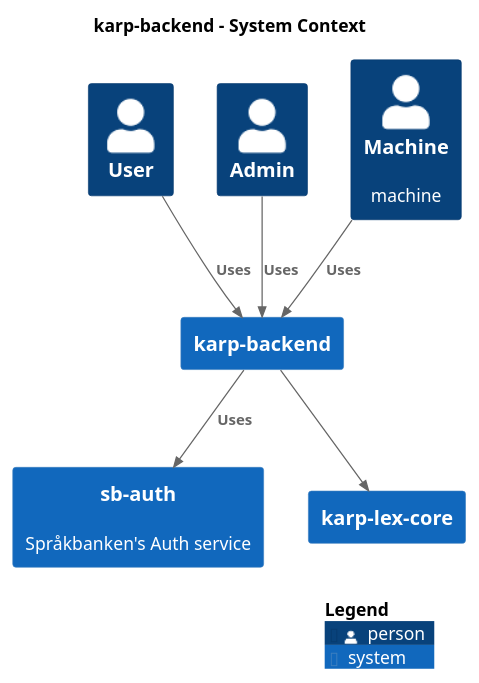
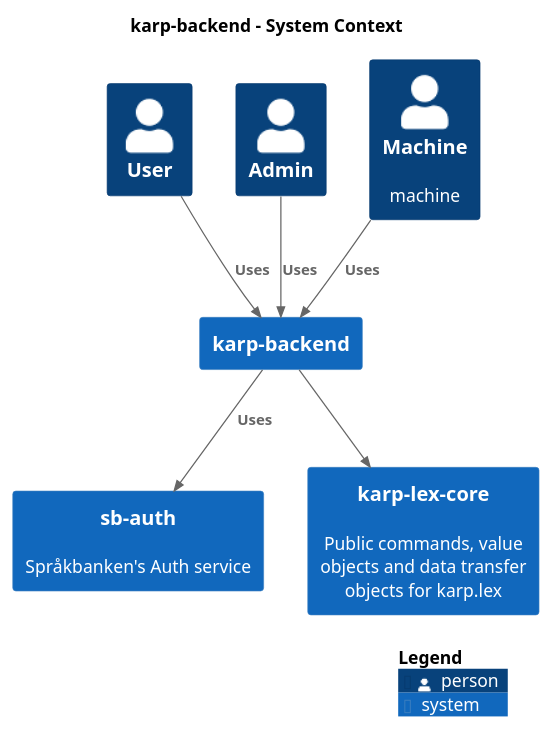
Before and after one commit to spraakbanken/karp-backend: the diagram in docs/karp-backend/docs/system-overview/puml/BackendSystemContext-BackendSystemContext.puml, drawn with PlantUML. The commit also changed 56 other files, not shown here.

```diff
--- a/docs/karp-backend/docs/system-overview/puml/BackendSystemContext-BackendSystemContext.puml
+++ b/docs/karp-backend/docs/system-overview/puml/BackendSystemContext-BackendSystemContext.puml
@@ -1,26 +1,26 @@
 @startuml
 set separator none
 title karp-backend - System Context
 
 top to bottom direction
 
 !include <C4/C4>
 !include <C4/C4_Context>
 
 skinparam svgDimensionStyle false
 skinparam preserveAspectRatio meet
 System(sbauth, "sb-auth", $descr="Språkbanken's Auth service", $tags="", $link="../../sb-auth/context/")
-System(karplexcore, "karp-lex-core", $descr="", $tags="", $link="../../karp-lex-core/context/")
+System(karplexcore, "karp-lex-core", $descr="Public commands, value objects and data transfer objects for karp.lex", $tags="", $link="../../karp-lex-core/context/")
 Person(User, "User", $descr="", $tags="", $link="")
 Person(Admin, "Admin", $descr="", $tags="", $link="")
 Person(Machine, "Machine", $descr="machine", $tags="", $link="")
 System(karpbackend, "karp-backend", $descr="", $tags="", $link="../container/")
 
 Rel_D(User, karpbackend, "Uses", $techn="", $tags="", $link="")
 Rel_D(Machine, karpbackend, "Uses", $techn="", $tags="", $link="")
 Rel_D(Admin, karpbackend, "Uses", $techn="", $tags="", $link="")
 Rel_D(karpbackend, karplexcore, "", $techn="", $tags="", $link="")
 Rel_D(karpbackend, sbauth, "Uses", $techn="", $tags="", $link="")
 
 SHOW_LEGEND(true)
 @enduml
```
